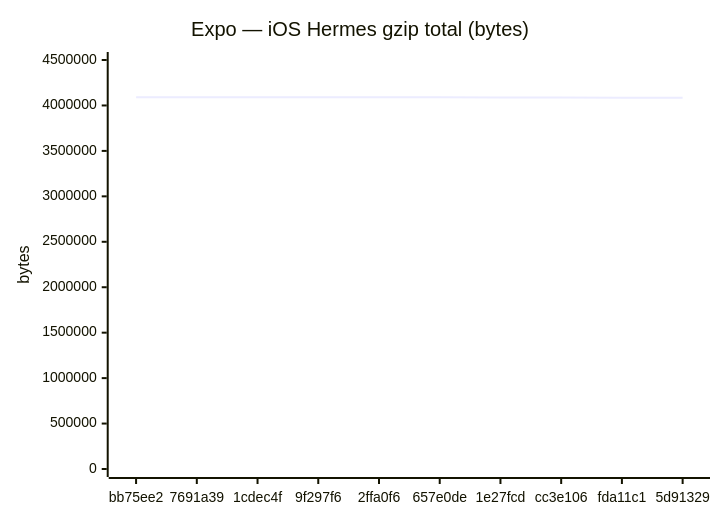
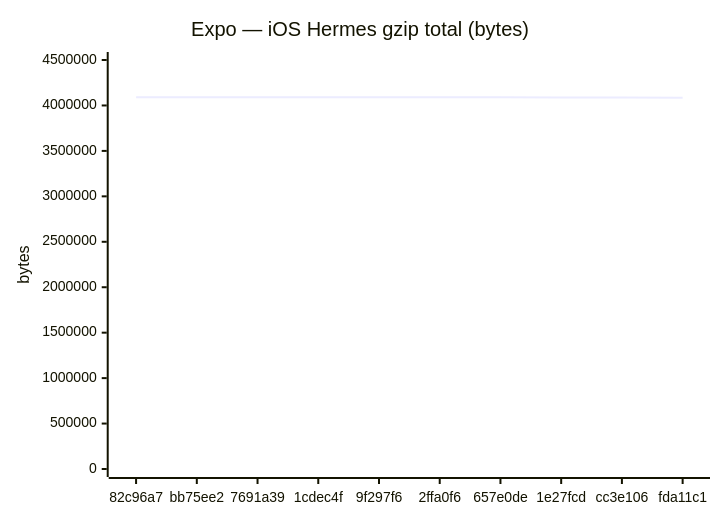
Before and after one commit to Metaheurist/Rianell: the sixth of 18 diagrams in benchmarks/compare.md, drawn with Mermaid. The commit also changed other lines of this file and 11 other files, not shown here.

````diff
--- a/benchmarks/compare.md
+++ b/benchmarks/compare.md
@@ -96,7 +96,7 @@
 ```mermaid
 xychart-beta
     title "Expo — iOS Hermes gzip total (bytes)"
-    x-axis ["bb75ee2", "7691a39", "1cdec4f", "9f297f6", "2ffa0f6", "657e0de", "1e27fcd", "cc3e106", "fda11c1", "5d91329"]
+    x-axis ["82c96a7", "bb75ee2", "7691a39", "1cdec4f", "9f297f6", "2ffa0f6", "657e0de", "1e27fcd", "cc3e106", "fda11c1"]
     y-axis "bytes" 0 --> 4500248
-    line [4090855, 4091134, 4091052, 4091052, 4091051, 4090884, 4087417, 4087412, 4084812, 4084805]
+    line [4091134, 4090855, 4091134, 4091052, 4091052, 4091051, 4090884, 4087417, 4087412, 4084812]
 ```
````
